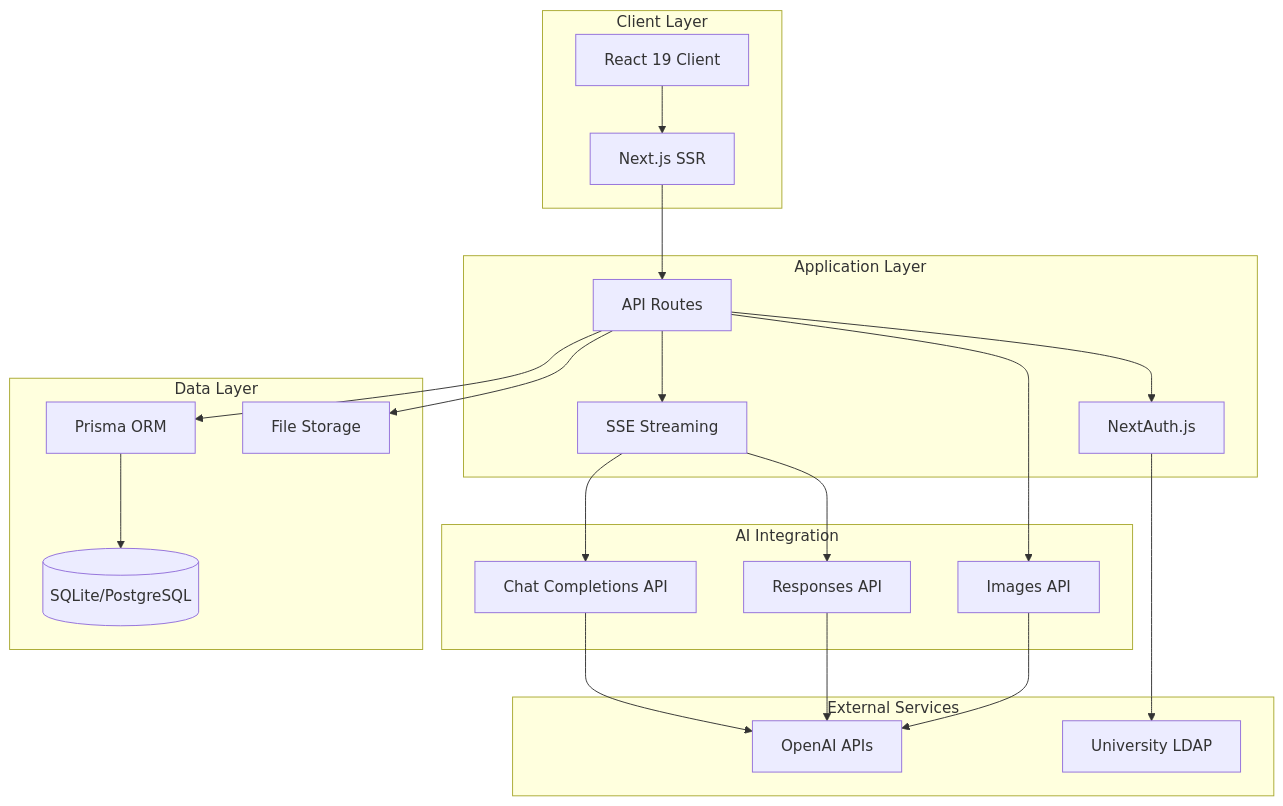
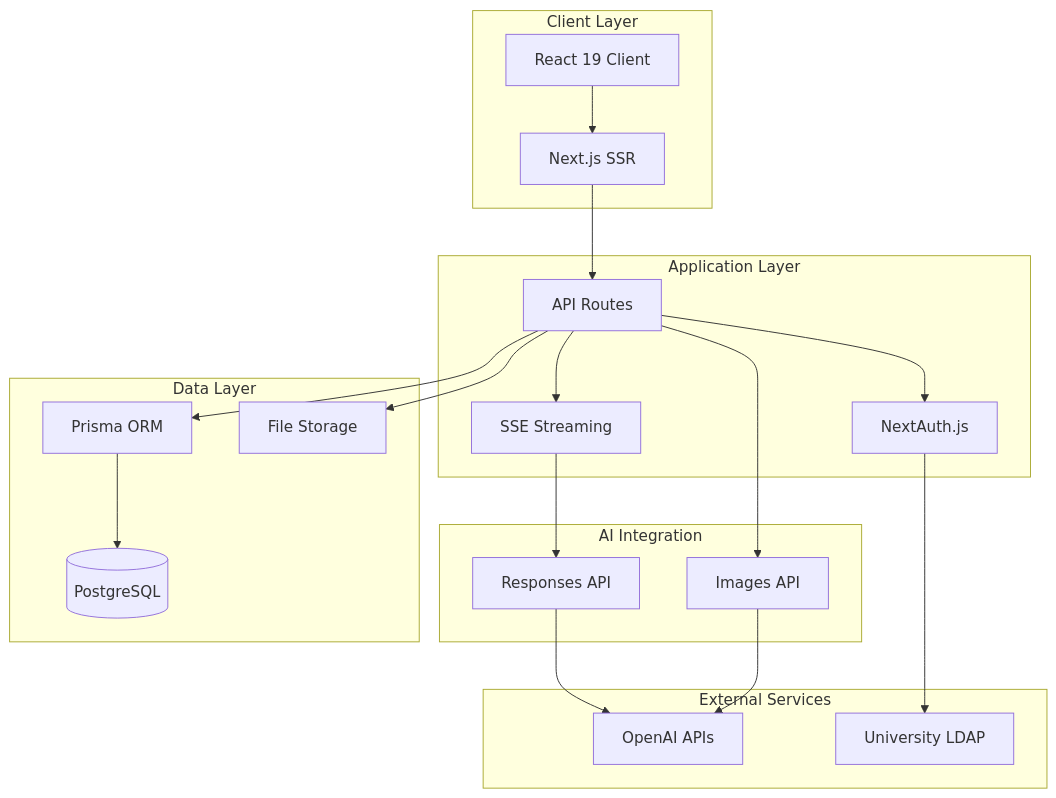
The diagram in docs/02-technical-architecture.md (A4R5H1L/ai-platform-case-study), drawn with Mermaid before and after one commit. The commit also changed other lines of this file and 14 other files, not shown here.

Commit message:
Update docs to reflect pilot production state and latest RoboAI architecture

````diff
--- a/docs/02-technical-architecture.md
+++ b/docs/02-technical-architecture.md
@@ -9,48 +9,45 @@
 ```mermaid
 graph TB
     subgraph "Client Layer"
         Browser[React 19 Client]
         SSR[Next.js SSR]
     end
 
     subgraph "Application Layer"
         API[API Routes]
         Auth[NextAuth.js]
         Stream[SSE Streaming]
     end
 
     subgraph "AI Integration"
-        ChatAPI[Chat Completions API]
         RespAPI[Responses API]
         ImgAPI[Images API]
     end
 
     subgraph "Data Layer"
         Prisma[Prisma ORM]
-        DB[(SQLite/PostgreSQL)]
+        DB[(PostgreSQL)]
         Files[File Storage]
     end
 
     subgraph "External Services"
         OpenAI[OpenAI APIs]
         LDAP[University LDAP]
     end
 
     Browser --> SSR
     SSR --> API
     API --> Auth
     Auth --> LDAP
     
     API --> Stream
-    Stream --> ChatAPI
     Stream --> RespAPI
     API --> ImgAPI
     
-    ChatAPI --> OpenAI
     RespAPI --> OpenAI
     ImgAPI --> OpenAI
     
     API --> Prisma
     Prisma --> DB
     API --> Files
 ```
````
